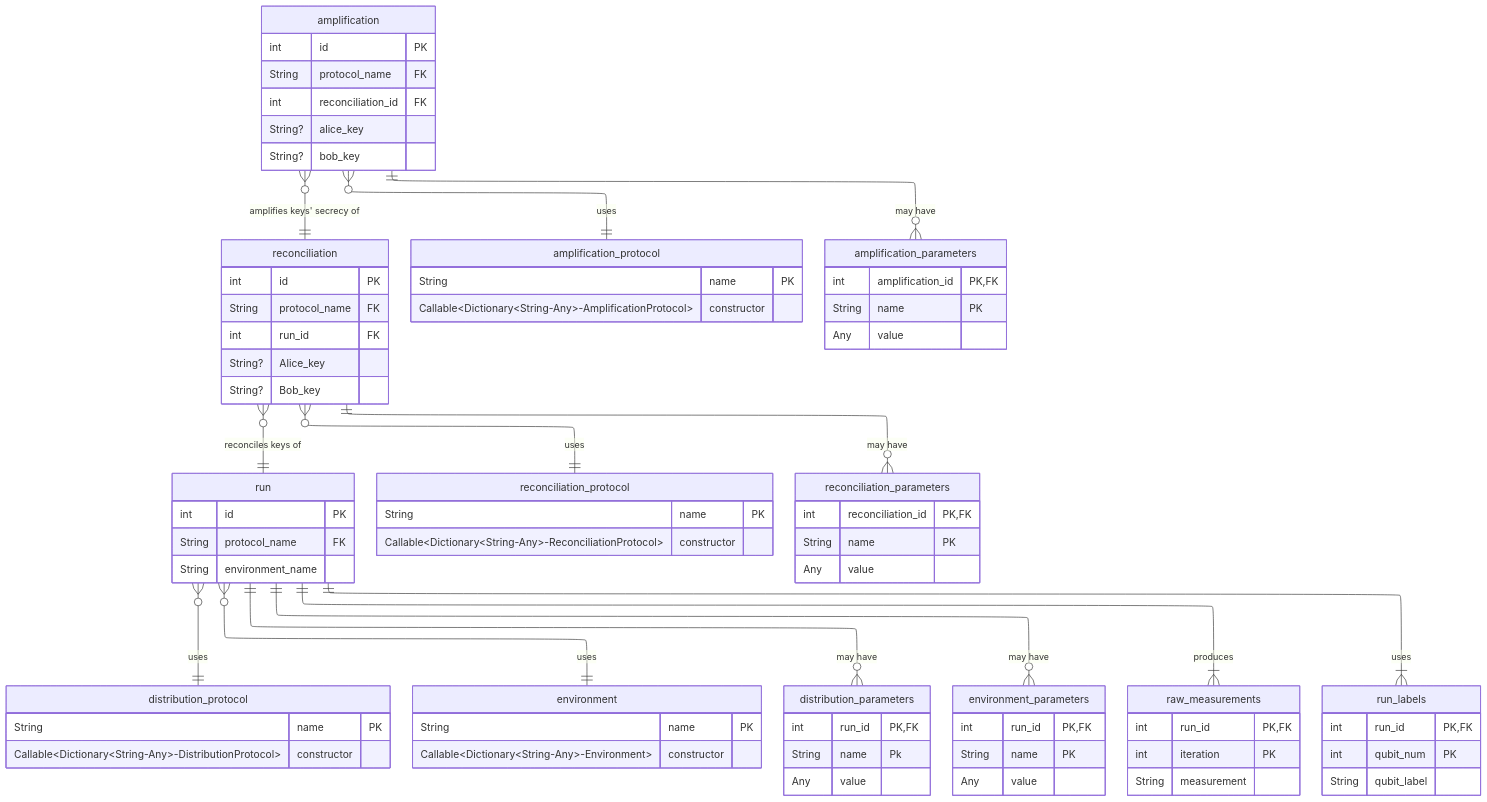
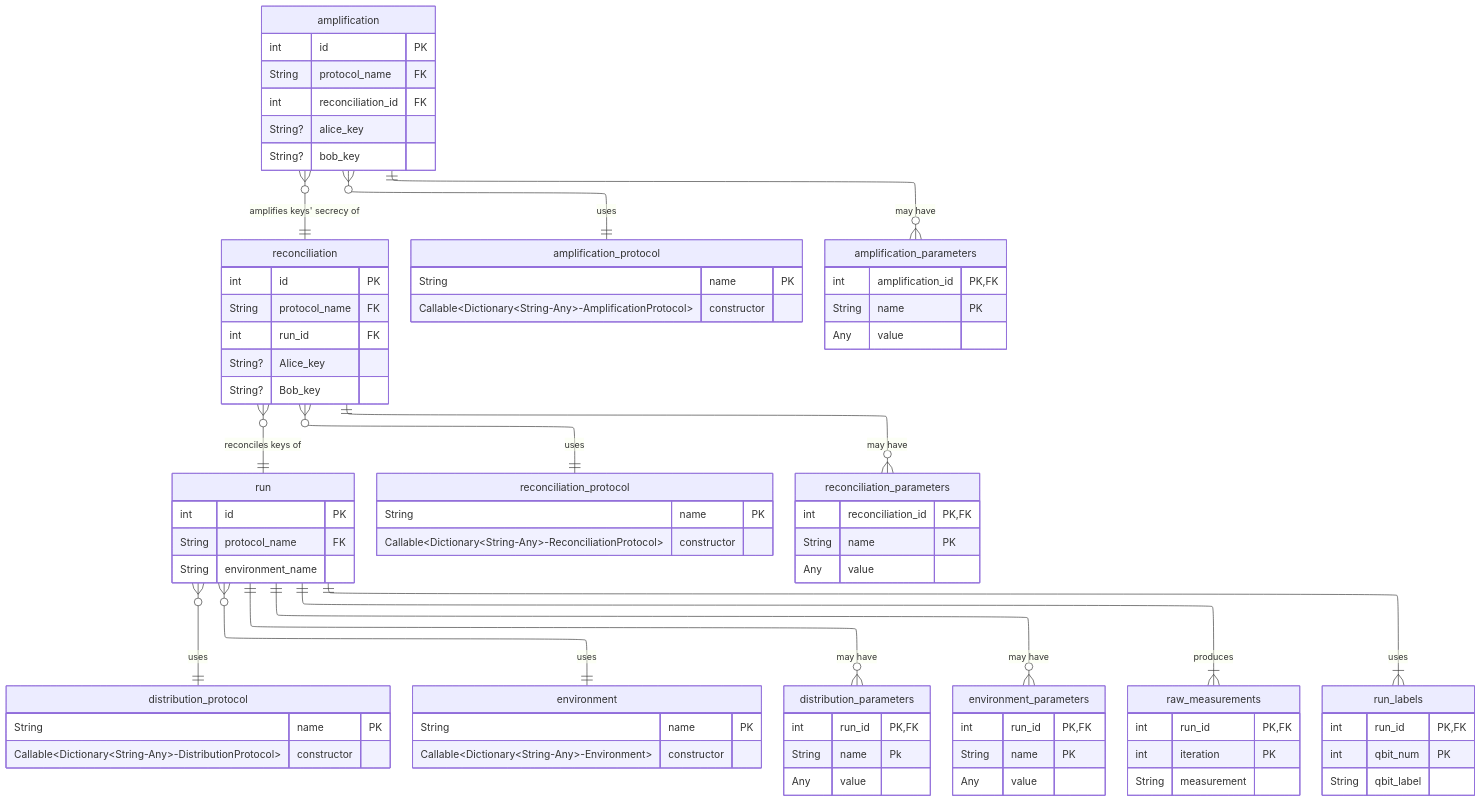
One commit to Pierre-EtienneBrindle/QKDSimulator changed the second of 2 diagrams in README.md. Above: the diagram before and after it, drawn with Mermaid. The commit also changed other lines of this file and 13 other files, not shown here.

```diff
--- a/README.md
+++ b/README.md
@@ -271,8 +271,8 @@
 
     run_labels{
         int run_id PK,FK
-        int qubit_num PK
-        String qubit_label
+        int qbit_num PK
+        String qbit_label
     }
 
     raw_measurements{
```
